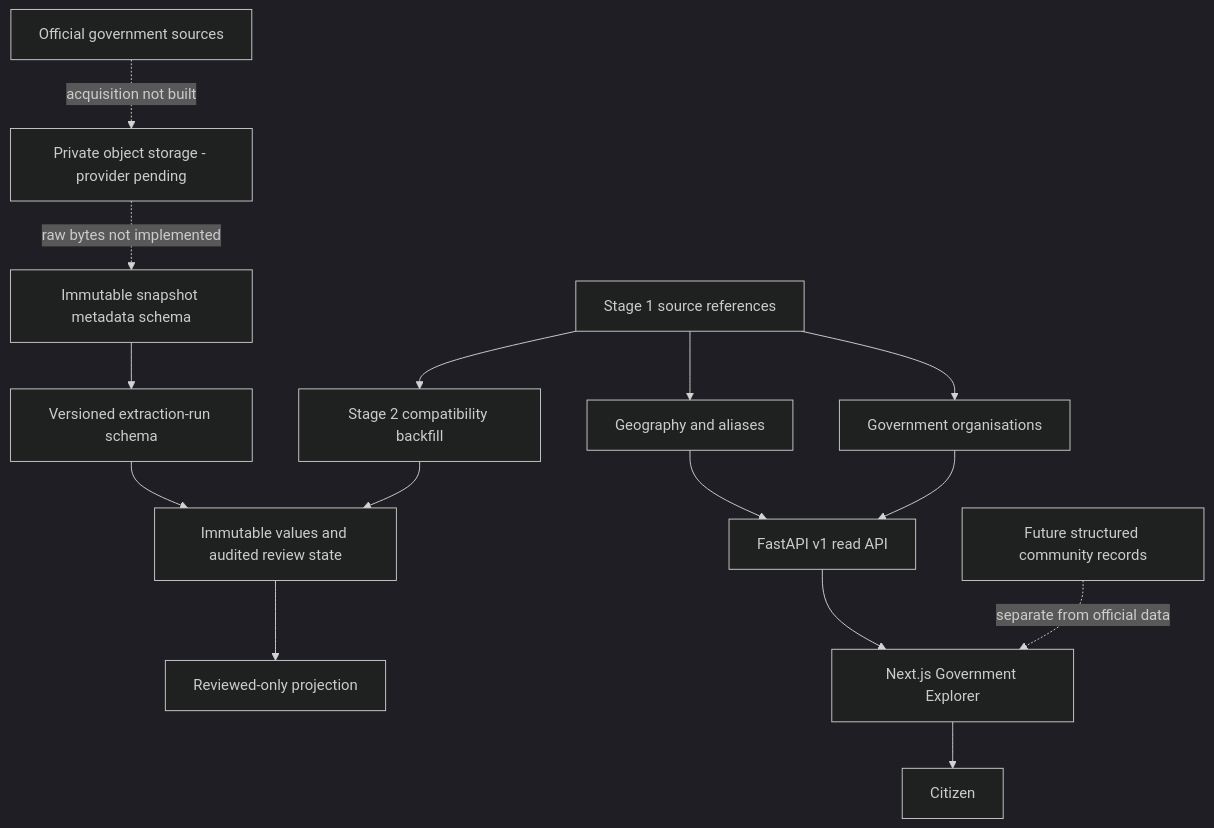
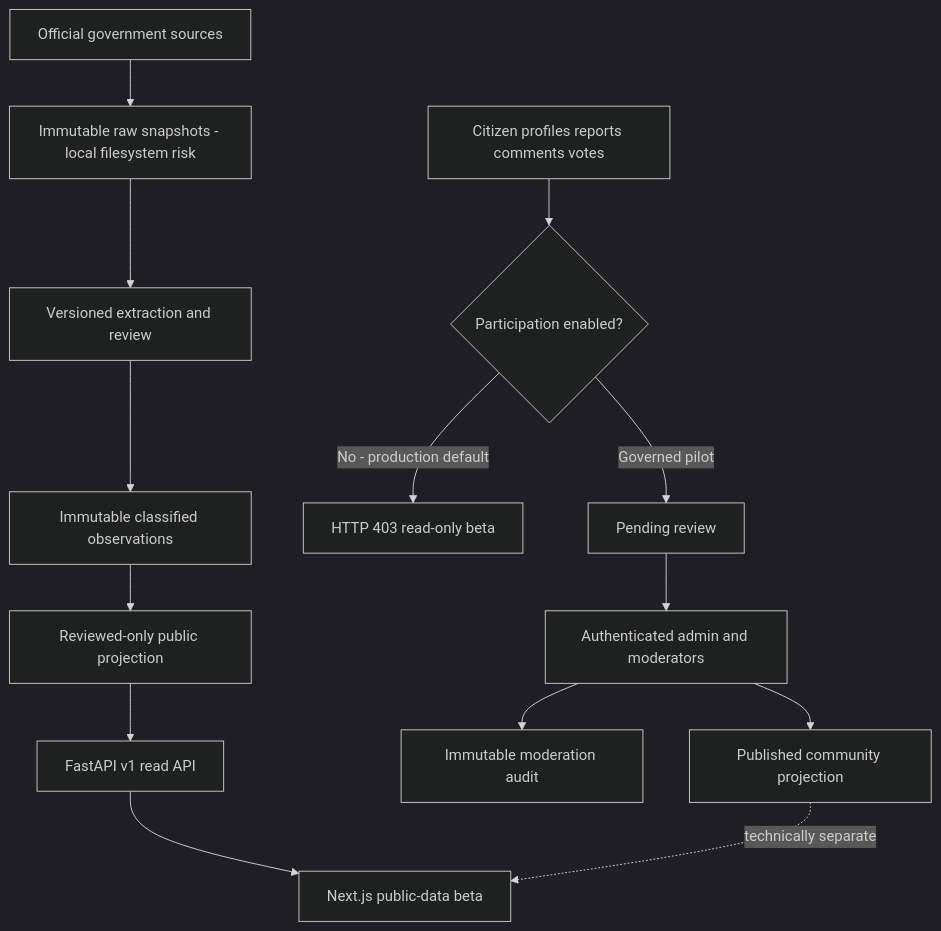
One commit to Ravindra2377/POI changed the diagram in DEVELOPMENT.md. Above: the diagram before and after it, drawn with Mermaid (dark theme). The commit also changed other lines of this file and 23 other files, not shown here.

````diff
--- a/DEVELOPMENT.md
+++ b/DEVELOPMENT.md
@@ -234,17 +230,16 @@
 ```mermaid
 flowchart TD
-  Sources[Official government sources] -. acquisition not built .-> ObjectStore[Private object storage - provider pending]
-  ObjectStore -. raw bytes not implemented .-> Snapshots[Immutable snapshot metadata schema]
-  Snapshots --> Extractions[Versioned extraction-run schema]
-  Extractions --> Observations[Immutable values and audited review state]
-  Observations --> ReviewedProjection[Reviewed-only projection]
-  SourceBridge[Stage 1 source references] --> Compatibility[Stage 2 compatibility backfill]
-  Compatibility --> Observations
-  SourceBridge --> Geography[Geography and aliases]
-  SourceBridge --> Government[Government organisations]
-  Geography --> API[FastAPI v1 read API]
-  Government --> API
-  API --> Explorer[Next.js Government Explorer]
-  Explorer --> Citizen[Citizen]
-  FutureCommunity[Future structured community records] -. separate from official data .-> Explorer
+  Sources[Official government sources] --> LocalRaw[Immutable raw snapshots - local filesystem risk]
+  LocalRaw --> Extractions[Versioned extraction and review]
+  Extractions --> Observations[Immutable classified observations]
+  Observations --> ReviewedProjection[Reviewed-only public projection]
+  ReviewedProjection --> API[FastAPI v1 read API]
+  API --> Web[Next.js public-data beta]
+  CitizenWrites[Citizen profiles reports comments votes] --> Gate{Participation enabled?}
+  Gate -->|No - production default| Rejected[HTTP 403 read-only beta]
+  Gate -->|Governed pilot| Pending[Pending review]
+  Pending --> Staff[Authenticated admin and moderators]
+  Staff --> Audit[Immutable moderation audit]
+  Staff --> Published[Published community projection]
+  Published -. technically separate .-> Web
 ```
````
